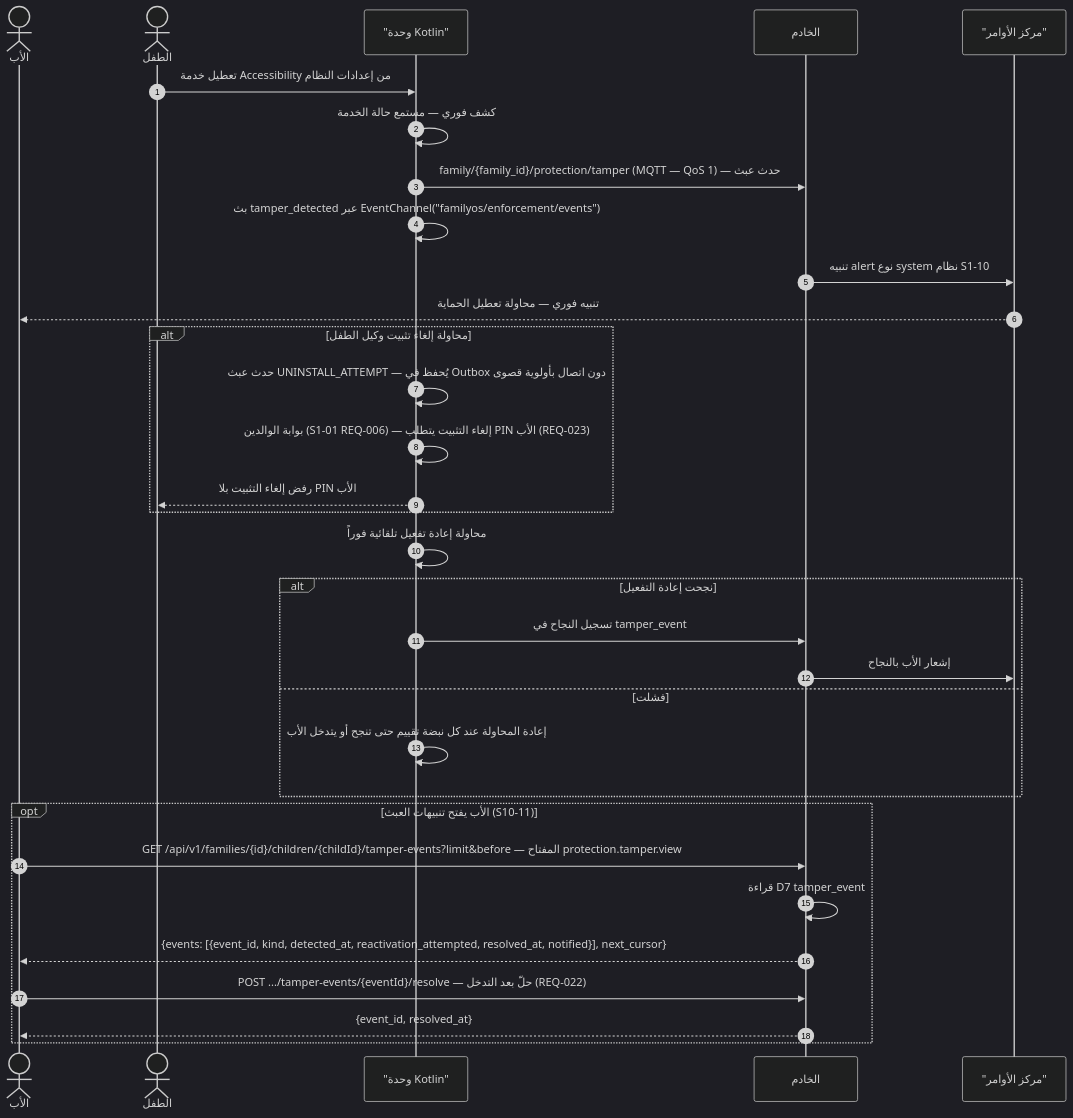
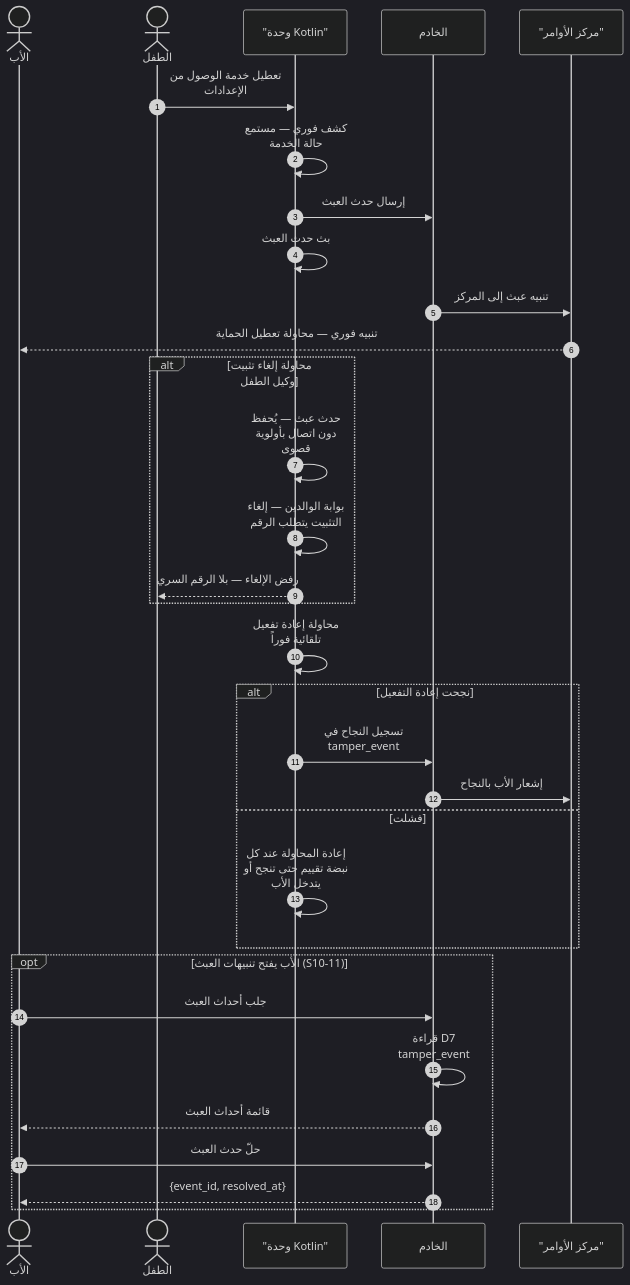
Diagram 11 of 45 in docs/family-os/governance/phases/phase-1/S1-10-protection-and-enforcement/DIAGRAMS.md (Bassam-mohammed-alqaeadi/family-os-v2), drawn with Mermaid (dark theme) before and after one commit. The commit also changed other lines of this file, not shown here.

````diff
--- a/docs/family-os/governance/phases/phase-1/S1-10-protection-and-enforcement/DIAGRAMS.md
+++ b/docs/family-os/governance/phases/phase-1/S1-10-protection-and-enforcement/DIAGRAMS.md
@@ -565,34 +597,35 @@
 ```mermaid
+%%{init: {"sequence": {"wrap": true}}}%%
 sequenceDiagram
     autonumber
     actor Father as الأب
     actor Child as الطفل
     participant K as "وحدة Kotlin"
     participant Ktor as الخادم
     participant S109 as "مركز الأوامر"
-    Child->>K: تعطيل خدمة Accessibility من إعدادات النظام
+    Child->>K: تعطيل خدمة الوصول من الإعدادات
     K->>K: كشف فوري — مستمع حالة الخدمة
-    K->>Ktor: family/{family_id}/protection/tamper (MQTT — QoS 1) — حدث عبث
-    K->>K: بث tamper_detected عبر EventChannel("familyos/enforcement/events")
-    Ktor->>S109: تنبيه alert نوع system نظام S1-10
+    K->>Ktor: إرسال حدث العبث
+    K->>K: بث حدث العبث
+    Ktor->>S109: تنبيه عبث إلى المركز
     S109-->>Father: تنبيه فوري — محاولة تعطيل الحماية
     alt محاولة إلغاء تثبيت وكيل الطفل
-        K->>K: حدث عبث UNINSTALL_ATTEMPT — يُحفظ في Outbox دون اتصال بأولوية قصوى
-        K->>K: بوابة الوالدين (S1-01 REQ-006) — إلغاء التثبيت يتطلب PIN الأب (REQ-023)
-        K-->>Child: رفض إلغاء التثبيت بلا PIN الأب
+        K->>K: حدث عبث — يُحفظ دون اتصال بأولوية قصوى
+        K->>K: بوابة الوالدين — إلغاء التثبيت يتطلب الرقم
+        K-->>Child: رفض الإلغاء — بلا الرقم السري
     end
     K->>K: محاولة إعادة تفعيل تلقائية فوراً
     alt نجحت إعادة التفعيل
         K->>Ktor: تسجيل النجاح في tamper_event
         Ktor->>S109: إشعار الأب بالنجاح
     else فشلت
         K->>K: إعادة المحاولة عند كل نبضة تقييم حتى تنجح أو يتدخل الأب
     end
     opt الأب يفتح تنبيهات العبث (S10-11)
-        Father->>Ktor: GET /api/v1/families/{id}/children/{childId}/tamper-events?limit&before — المفتاح protection.tamper.view
+        Father->>Ktor: جلب أحداث العبث
         Ktor->>Ktor: قراءة D7 tamper_event
-        Ktor-->>Father: {events: [{event_id, kind, detected_at, reactivation_attempted, resolved_at, notified}], next_cursor}
-        Father->>Ktor: POST .../tamper-events/{eventId}/resolve — حلّ بعد التدخل (REQ-022)
+        Ktor-->>Father: قائمة أحداث العبث
+        Father->>Ktor: حلّ حدث العبث
         Ktor-->>Father: {event_id, resolved_at}
     end
 ```
````
